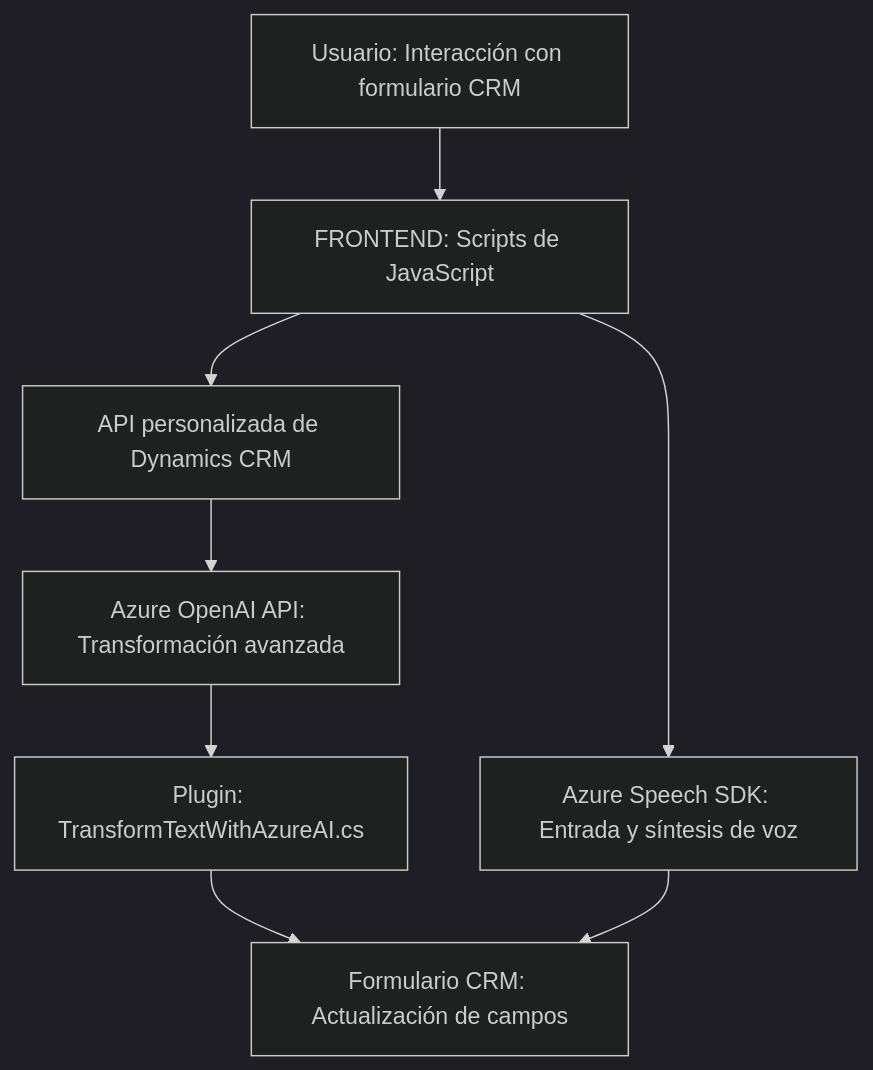
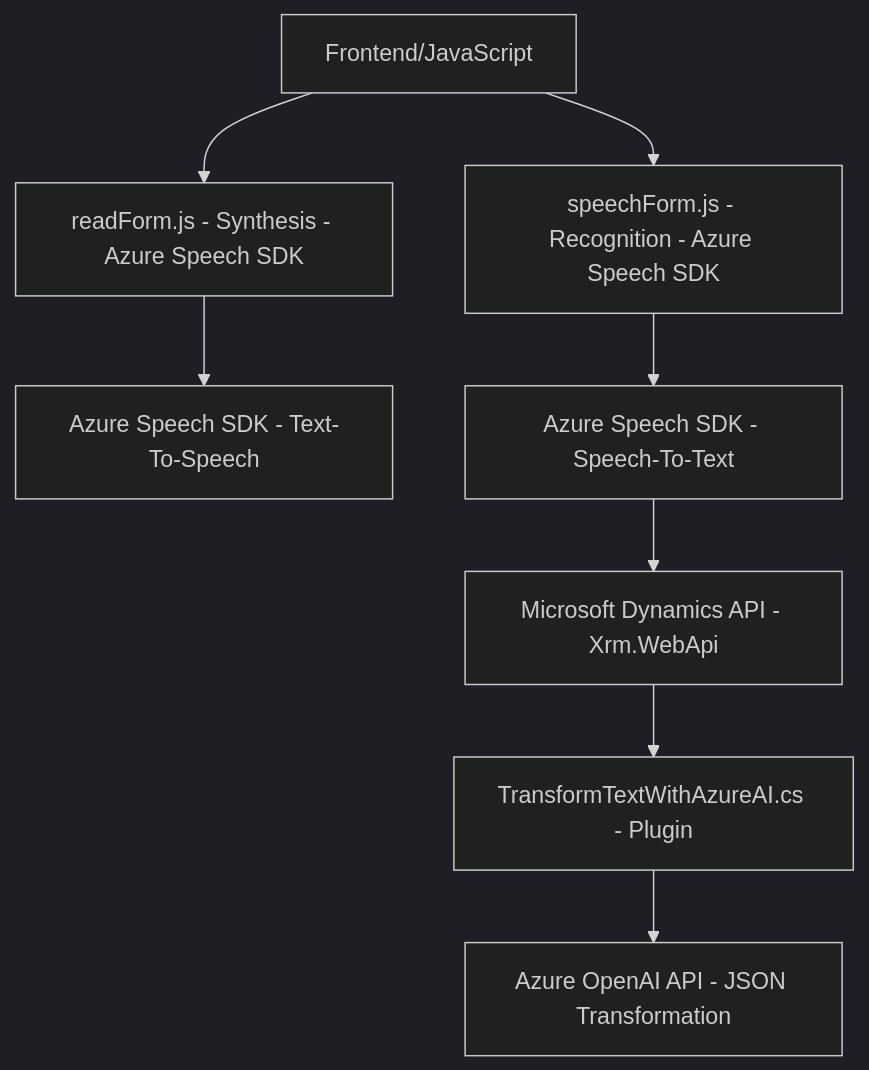
One commit to blopezdm/NETCORE_BILBAO2025 changed the diagram in README.md. Above: the diagram before and after it, drawn with Mermaid (dark theme). The commit also changed other lines of this file, not shown here.

Commit message:
Actualizar análisis global de la solución con IA

````diff
--- a/README.md
+++ b/README.md
@@ -55,18 +35,10 @@
 ```mermaid
 graph TD
-    A["Usuario: Interacción con formulario CRM"]
-    B["FRONTEND: Scripts de JavaScript"]
-    C["Azure Speech SDK: Entrada y síntesis de voz"]
-    D["API personalizada de Dynamics CRM"]
-    E["Azure OpenAI API: Transformación avanzada"]
-    F["Plugin: TransformTextWithAzureAI.cs"]
-    G["Formulario CRM: Actualización de campos"]
-
-    A --> B
-    B --> C
-    B --> D
-    D --> E
-    E --> F
-    F --> G
-    C --> G
+  A["Frontend/JavaScript"] --> B["readForm.js - Synthesis - Azure Speech SDK"]
+  A --> C["speechForm.js - Recognition - Azure Speech SDK"]
+  B --> D["Azure Speech SDK - Text-To-Speech"]
+  C --> E["Azure Speech SDK - Speech-To-Text"]
+  E --> F["Microsoft Dynamics API - Xrm.WebApi"]
+  F --> G["TransformTextWithAzureAI.cs - Plugin"]
+  G --> H["Azure OpenAI API - JSON Transformation"]
 ```
````
